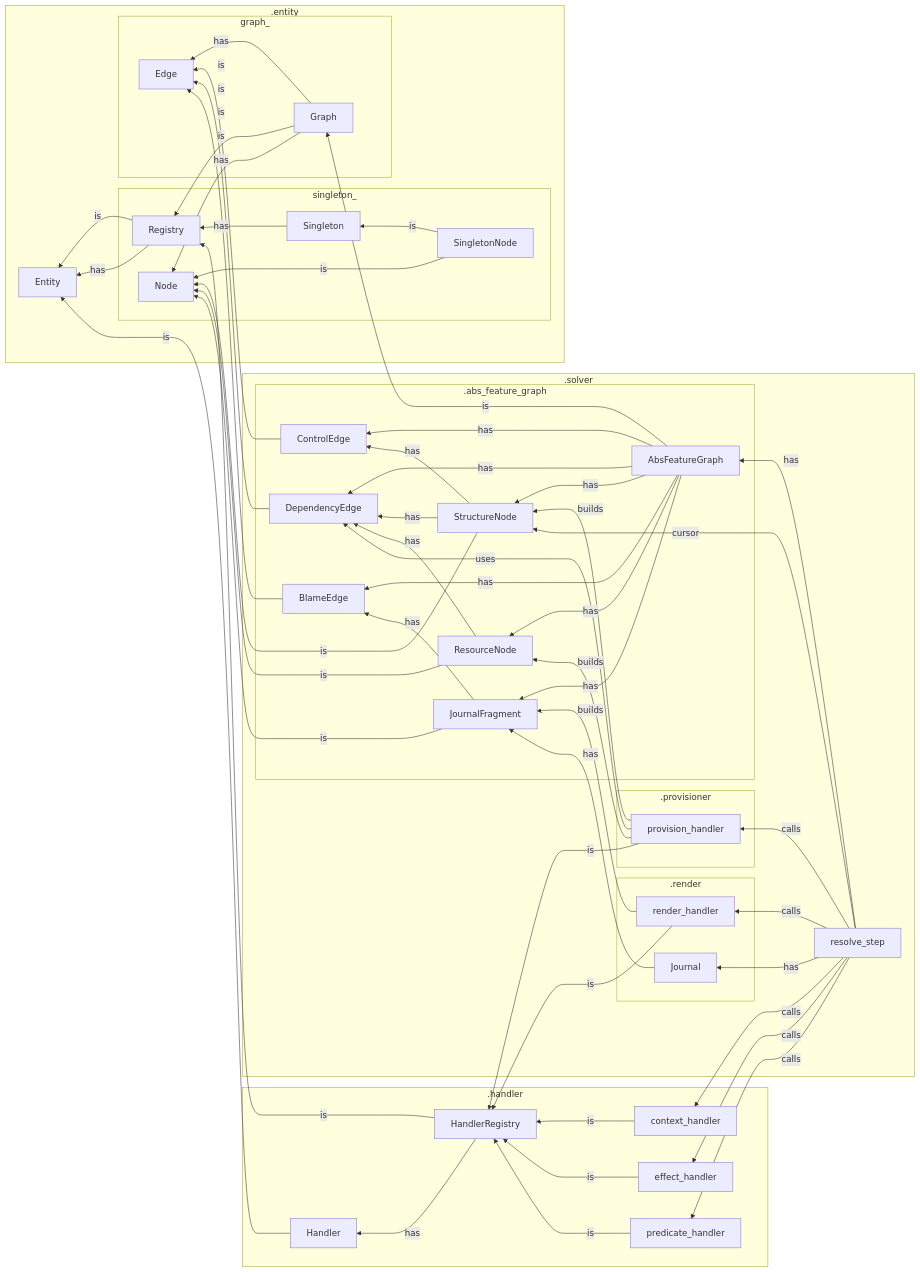
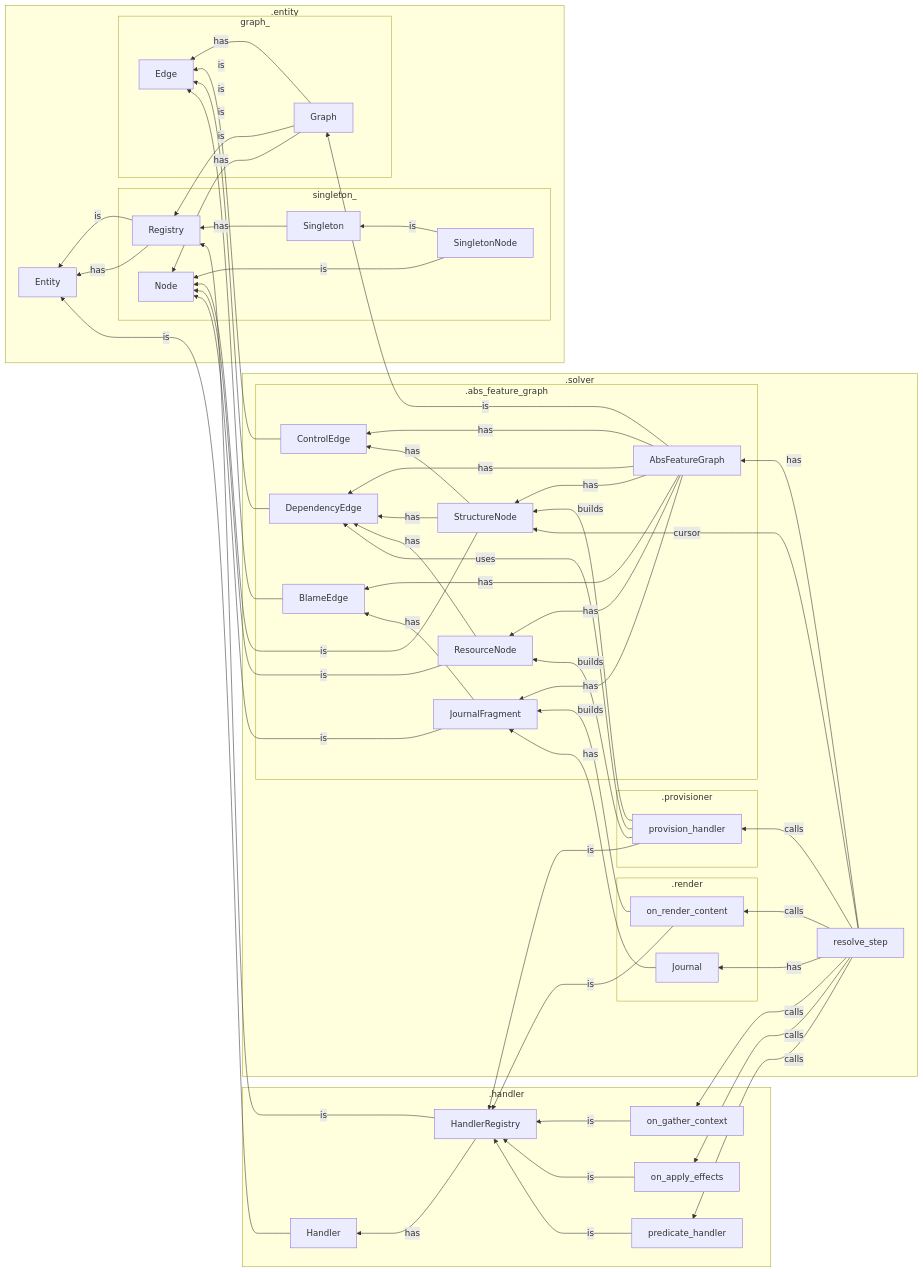
One commit to derekmerck/storytangl changed the diagram in engine/src/tangl/core/notes.md. Above: the diagram before and after it, drawn with Mermaid. The commit also changed other lines of this file and 186 other files, not shown here.

````diff
--- a/engine/src/tangl/core/notes.md
+++ b/engine/src/tangl/core/notes.md
@@ -8,75 +8,75 @@
 ```mermaid
 flowchart RL
     subgraph .entity 
         Entity
         Registry -- is --> Entity
         Registry -- has --> Entity
         subgraph singleton_
           Singleton -- has --> Registry
           SingletonNode -- is --> Singleton
           SingletonNode -- is --> Node
         end
         subgraph graph_
             Graph -- is --> Registry
             Graph -- has --> Node
             Graph -- has --> Edge
         end
             
     end
     
     subgraph .handler
         Handler -- is --> Entity
         HandlerRegistry -- is --> Registry
         HandlerRegistry -- has --> Handler
-        context_handler -- is --> HandlerRegistry
-        effect_handler -- is --> HandlerRegistry
+        on_gather_context -- is --> HandlerRegistry
+        on_apply_effects -- is --> HandlerRegistry
         predicate_handler -- is --> HandlerRegistry
     end
 
     subgraph .solver
         subgraph .abs_feature_graph
             AbsFeatureGraph -- is --> Graph
             AbsFeatureGraph -- has --> StructureNode
             AbsFeatureGraph -- has --> ResourceNode
             AbsFeatureGraph -- has --> JournalFragment
             AbsFeatureGraph -- has --> ControlEdge
             AbsFeatureGraph -- has --> DependencyEdge
             AbsFeatureGraph -- has --> BlameEdge
             
             StructureNode -- is --> Node
             StructureNode -- has --> ControlEdge
             StructureNode -- has --> DependencyEdge
             
             ResourceNode -- is --> Node
             ResourceNode -- has --> DependencyEdge
             
             JournalFragment -- is --> Node
             JournalFragment -- has --> BlameEdge
             
             ControlEdge -- is --> Edge
             DependencyEdge -- is --> Edge
             BlameEdge -- is --> Edge
             
         end
         subgraph .provisioner
             provision_handler -- is --> HandlerRegistry
             provision_handler -- uses --> DependencyEdge
             provision_handler -- builds --> ResourceNode
             provision_handler -- builds --> StructureNode
         end
         subgraph .render
-            render_handler -- is --> HandlerRegistry
-            render_handler -- builds --> JournalFragment
+            on_render_content -- is --> HandlerRegistry
+            on_render_content -- builds --> JournalFragment
             Journal -- has --> JournalFragment
         end
         
         resolve_step -- has --> Journal
         resolve_step -- has --> AbsFeatureGraph
         resolve_step -- cursor --> StructureNode
-        resolve_step -- calls --> context_handler
+        resolve_step -- calls --> on_gather_context
         resolve_step -- calls --> predicate_handler
-        resolve_step -- calls --> effect_handler
+        resolve_step -- calls --> on_apply_effects
         resolve_step -- calls --> provision_handler
-        resolve_step -- calls --> render_handler
+        resolve_step -- calls --> on_render_content
     end
 ```
````
